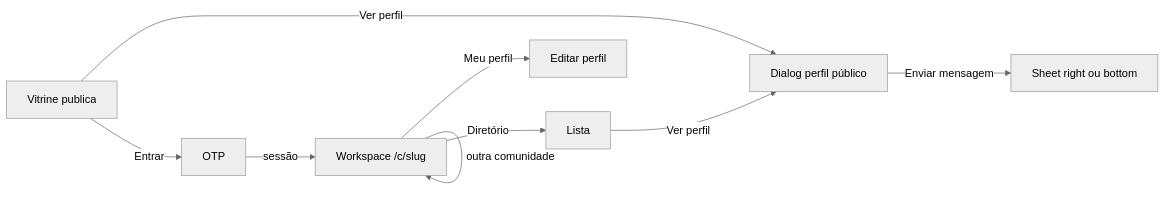
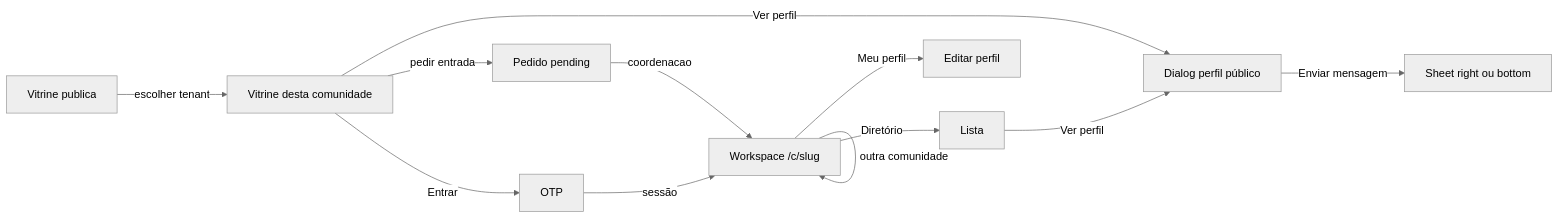
The first of 2 diagrams in docs/09_design_system.md (colabcolibri/comuna), drawn with Mermaid (neutral theme) before and after one commit. The commit also changed other lines of this file and 92 other files, not shown here.

````diff
--- a/docs/09_design_system.md
+++ b/docs/09_design_system.md
@@ -110,11 +113,14 @@
 ```mermaid
 flowchart LR
-    V[Vitrine publica] -->|Ver perfil| P[Dialog perfil público]
+    V[Vitrine publica] -->|escolher tenant| S[Vitrine desta comunidade]
+    S -->|pedir entrada| J[Pedido pending]
+    J -->|coordenacao| W[Workspace /c/slug]
+    S -->|Ver perfil| P[Dialog perfil público]
     P -->|Enviar mensagem| C[Sheet right ou bottom]
-    V -->|Entrar| O[OTP]
-    O -->|sessão| W[Workspace /c/slug]
+    S -->|Entrar| O[OTP]
+    O -->|sessão| W
     W -->|Diretório| D[Lista]
     D -->|Ver perfil| P
     W -->|Meu perfil| E[Editar perfil]
     W -->|outra comunidade| W
 ```
````
